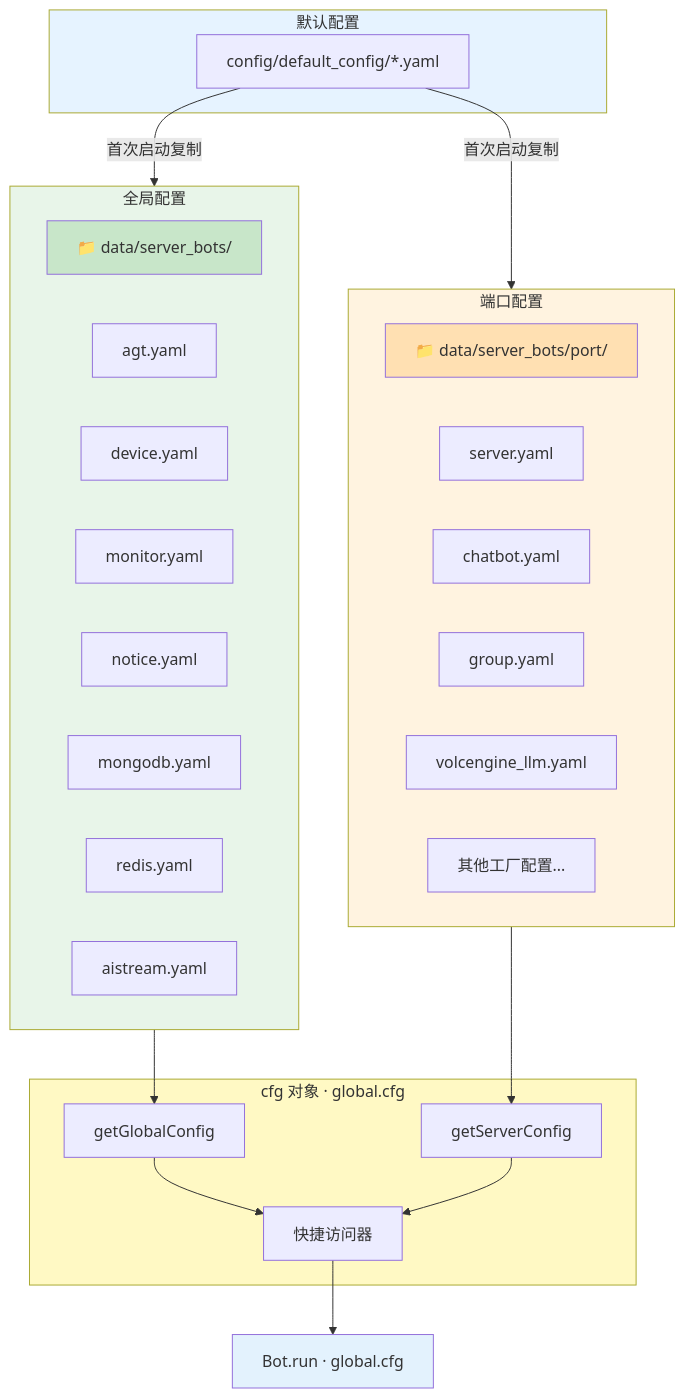
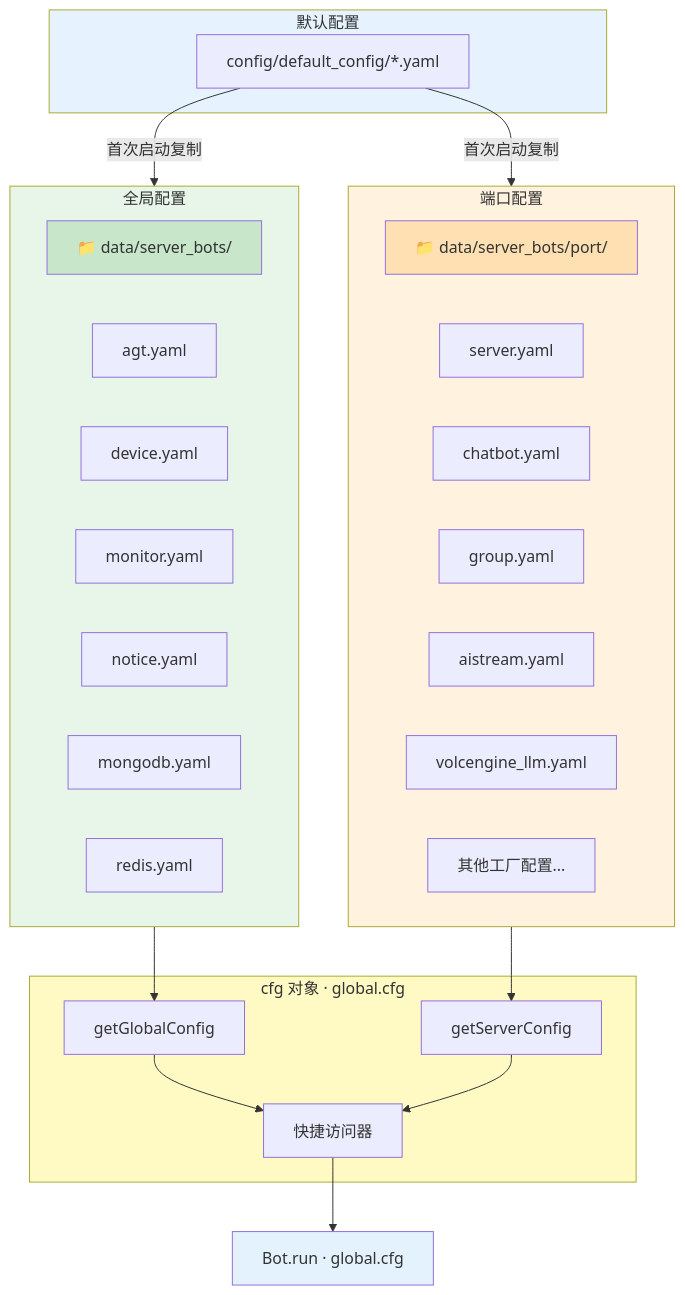
Before and after one commit to sunflowermm/XRK-AGT: the second of 9 diagrams in docs/app-dev.md, drawn with Mermaid. The commit also changed other lines of this file and 55 other files, not shown here.

````diff
--- a/docs/app-dev.md
+++ b/docs/app-dev.md
@@ -93,48 +93,48 @@
 ```mermaid
 flowchart TB
     subgraph Default["默认配置"]
         D1["config/default_config/*.yaml"]
     end
 
     subgraph Global["全局配置"]
         pathG["📁 data/server_bots/"]
         G1["agt.yaml"]
         G2["device.yaml"]
         G3["monitor.yaml"]
         G4["notice.yaml"]
         G5["mongodb.yaml"]
         G6["redis.yaml"]
-        G7["aistream.yaml"]
     end
 
     subgraph Server["端口配置"]
         pathS["📁 data/server_bots/port/"]
         S1["server.yaml"]
         S2["chatbot.yaml"]
         S3["group.yaml"]
-        S4["volcengine_llm.yaml"]
-        S5["其他工厂配置..."]
+        S4["aistream.yaml"]
+        S5["volcengine_llm.yaml"]
+        S6["其他工厂配置..."]
     end
 
     subgraph Cfg["cfg 对象 · global.cfg"]
         C1["getGlobalConfig"]
         C2["getServerConfig"]
         C3["快捷访问器"]
     end
 
     D1 -->|首次启动复制| Global
     D1 -->|首次启动复制| Server
     Global --> C1
     Server --> C2
     C1 --> C3
     C2 --> C3
     C3 --> Bot["Bot.run · global.cfg"]
 
     style Default fill:#E6F3FF
     style Global fill:#E8F5E9
     style Server fill:#FFF3E0
     style Cfg fill:#FFF9C4
     style Bot fill:#E3F2FD
     style pathG fill:#C8E6C9
     style pathS fill:#FFE0B2
 ```
````
